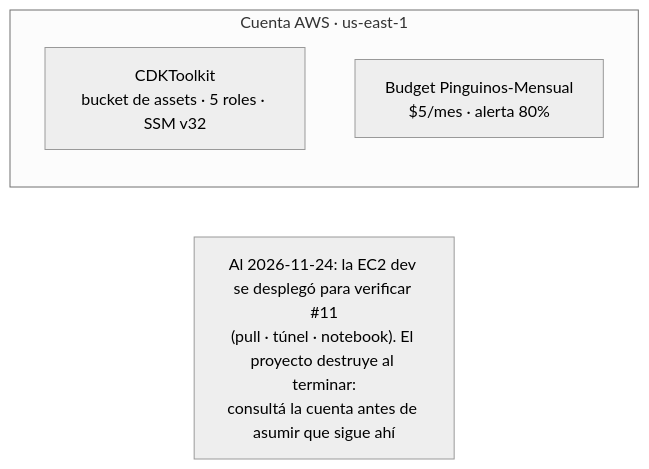
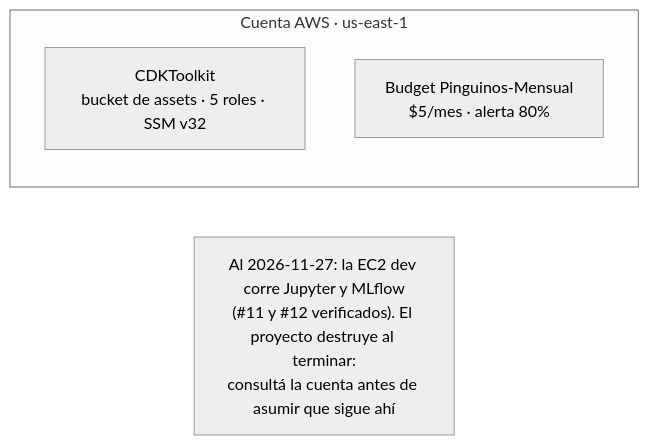
One commit to JairRamosG/Pinguinos-AWS changed the eighth of 9 diagrams in docs/how-it-works.md. Above: the diagram before and after it, drawn with Mermaid (neutral theme). The commit also changed other lines of this file, not shown here.

First line of the commit message:
docs(mlflow): Documentar el servidor y el flujo de tracking

````diff
--- a/docs/how-it-works.md
+++ b/docs/how-it-works.md
@@ -660,8 +728,8 @@
 ```mermaid
 flowchart LR
     subgraph AWS["Cuenta AWS · us-east-1"]
         TK["CDKToolkit<br/>bucket de assets · 5 roles · SSM v32"]
         BUD["Budget Pinguinos-Mensual<br/>$5/mes · alerta 80%"]
     end
-    EST["Al 2026-11-24: la EC2 dev se desplegó para verificar #11<br/>(pull · túnel · notebook). El proyecto destruye al terminar:<br/>consultá la cuenta antes de asumir que sigue ahí"]
+    EST["Al 2026-11-27: la EC2 dev corre Jupyter y MLflow<br/>(#11 y #12 verificados). El proyecto destruye al terminar:<br/>consultá la cuenta antes de asumir que sigue ahí"]
 ```
````
